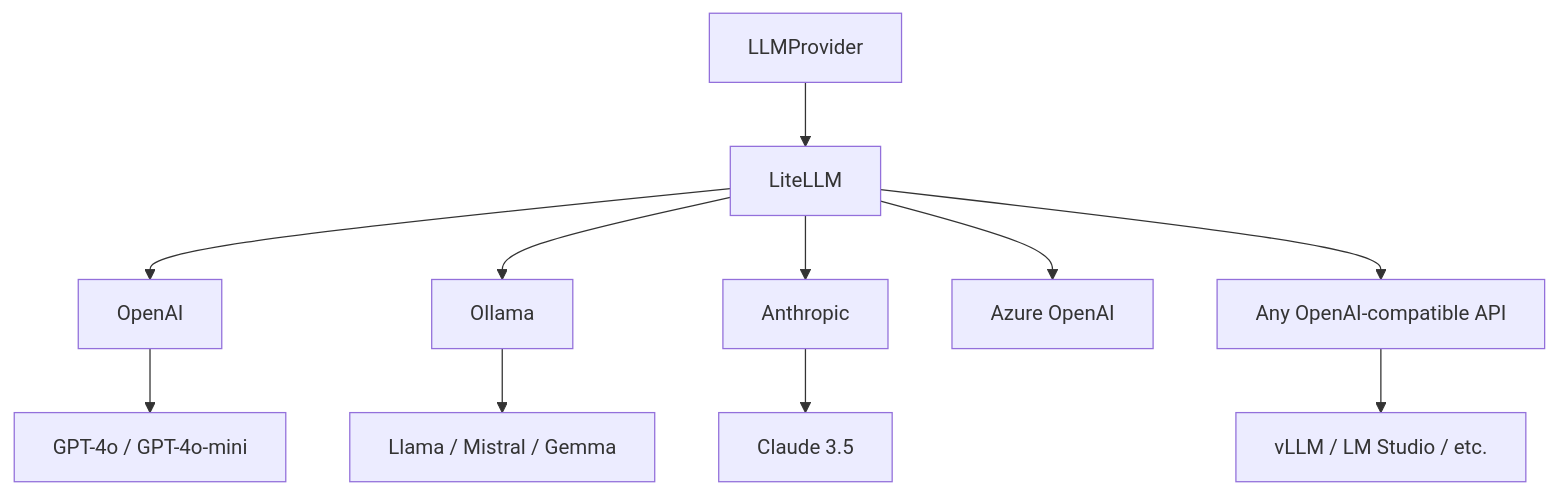
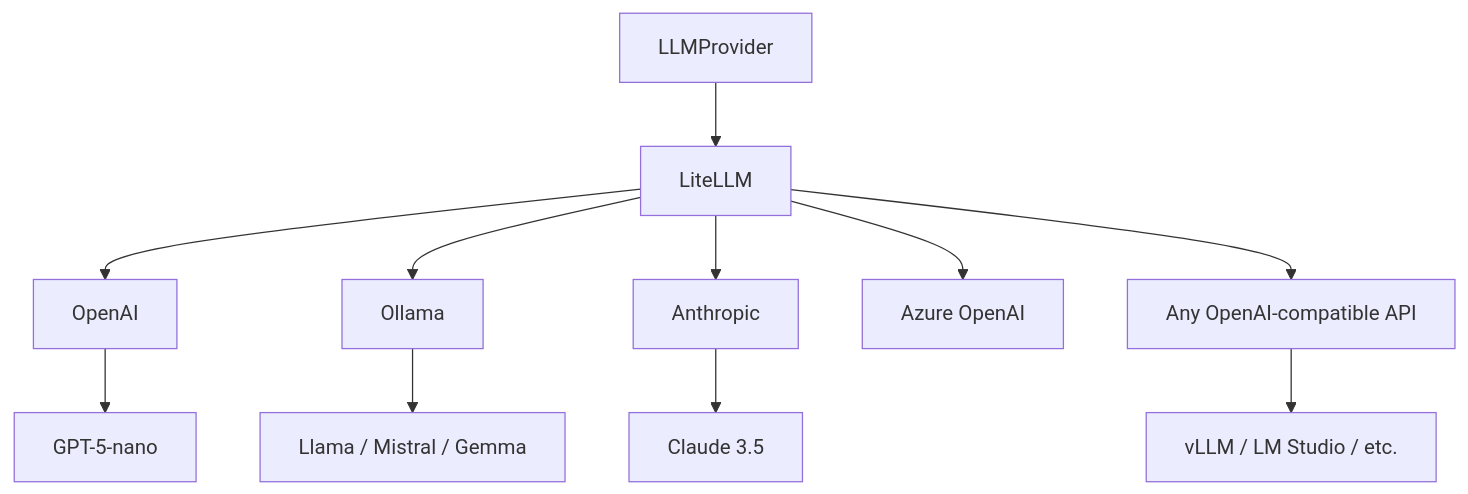
The diagram in docs/guides/providers.md (javipalanca/spade_llm), drawn with Mermaid before and after one commit. The commit also changed other lines of this file and 27 other files, not shown here.

````diff
--- a/docs/guides/providers.md
+++ b/docs/guides/providers.md
@@ -9,14 +9,14 @@
 ```mermaid
 graph TD
     A[LLMProvider] --> B[LiteLLM]
     B --> C[OpenAI]
     B --> D[Ollama]
     B --> E[Anthropic]
     B --> F[Azure OpenAI]
     B --> G[Any OpenAI-compatible API]
     
-    C --> H[GPT-4o / GPT-4o-mini]
+    C --> H[GPT-5-nano]
     D --> I[Llama / Mistral / Gemma]
     E --> J[Claude 3.5]
     G --> K[vLLM / LM Studio / etc.]
 ```
````
